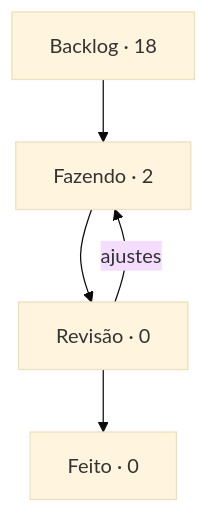
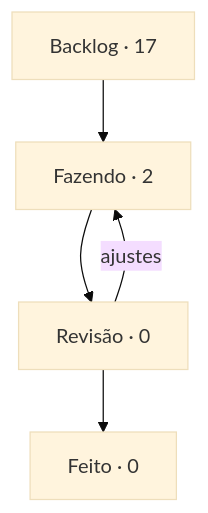
The diagram in boards/dungeon-bend/BOARD.md (StudioVibi/VibiKanban), drawn with Mermaid (base theme) before and after one commit. The commit also changed other lines of this file and 2 other files, not shown here.

````diff
--- a/boards/dungeon-bend/BOARD.md
+++ b/boards/dungeon-bend/BOARD.md
@@ -5,10 +5,10 @@
 ```mermaid
 flowchart TD
-  backlog["Backlog · 18"] --> doing["Fazendo · 2"]
+  backlog["Backlog · 17"] --> doing["Fazendo · 2"]
   doing --> review["Revisão · 0"]
   review --> done["Feito · 0"]
   review -->|ajustes| doing
   doing:::blue
   review:::yellow
   done:::green
 ```
````
